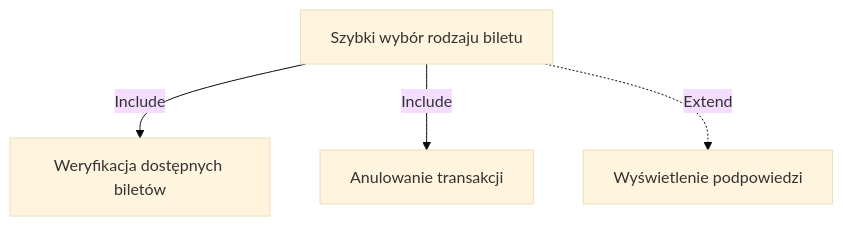
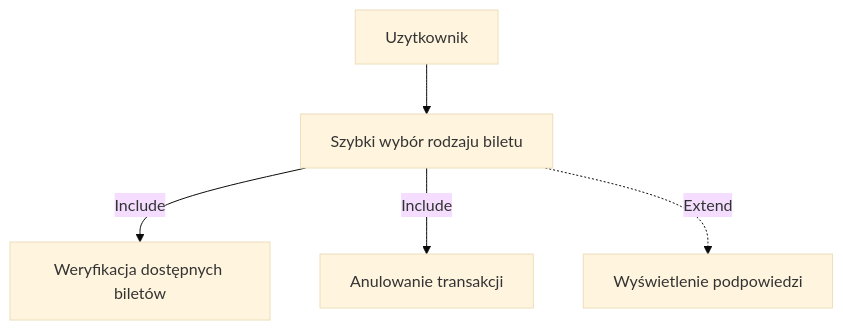
One commit to FilobokHlib/MWO changed the second of 2 diagrams in uzytkownik.md. Above: the diagram before and after it, drawn with Mermaid (base theme). The commit also changed other lines of this file, not shown here.

Commit message:
Add user node to flowcharts in uzytkownik.md

````diff
--- a/uzytkownik.md
+++ b/uzytkownik.md
@@ -23,10 +23,10 @@
 ```mermaid
 flowchart TD
-    A[Szybki wybór rodzaju biletu]
+    N[Uzytkownik] --> A[Szybki wybór rodzaju biletu]
 
     A --> |Include| B[Weryfikacja dostępnych biletów]
     A --> |Include| C[Anulowanie transakcji]
 
     %% Relacja Extend (opcjonalna)
     A -.->|Extend| F[ Wyświetlenie podpowiedzi ]
 ```
````
